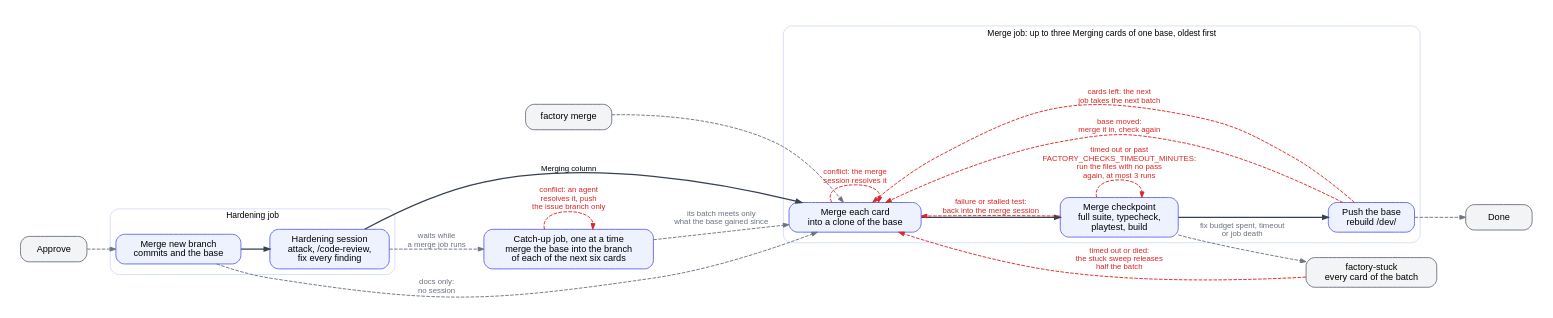
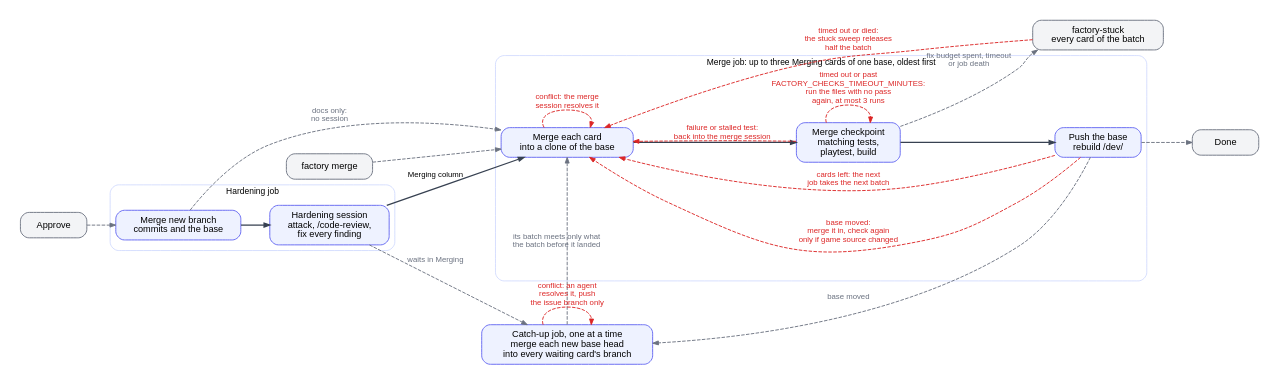
Before and after one commit to ROAM-game-org/road-machiners: the diagram in factory/docs/diagrams/hardening.dot, drawn with Graphviz. The commit also changed 11 other files, not shown here.

Commit message:
Show the tests activity while the suite waits, install git in the suite workflow, and document the lighter checks

```diff
--- a/factory/docs/diagrams/hardening.dot
+++ b/factory/docs/diagrams/hardening.dot
@@ -1,39 +1,40 @@
-// Hardening and Merging columns. One hardening session reviews and fixes an approved card. The merge queue checks up to three waiting cards of a base merged together before the base takes them, and the next job takes the rest. While a merge job runs, a catch-up job merges the base into the branches of the next waiting cards.
+// Hardening and Merging columns. One hardening session reviews and fixes an approved card. The merge queue checks up to three waiting cards of a base merged together before the base takes them, and the next job takes the rest. Each time a base moves, a catch-up job merges it into the branches of the waiting cards.
 // Red: loops back. Grey: leaves the column or enters from outside.
 digraph hardening {
   rankdir=LR; nodesep=0.35; ranksep=0.55; bgcolor=white; pad=0.3;
   node [shape=box, style="rounded,filled", fillcolor="#eef2ff", color="#6366f1", fontname="Helvetica", fontsize=13, margin="0.2,0.1", penwidth=1.3, width=1.3];
   edge [color="#374151", penwidth=1.8, arrowsize=0.8, fontname="Helvetica", fontsize=11];
   subgraph cluster_harden {
     label="Hardening job"; fontname="Helvetica"; fontsize=12; color="#c7d2fe"; style=rounded;
     HM [label="Merge new branch\ncommits and the base"]; HH [label="Hardening session\nattack, /code-review,\nfix every finding"];
     HM -> HH [weight=100];
   }
   subgraph cluster_merge {
     label="Merge job: up to three Merging cards of one base, oldest first"; fontname="Helvetica"; fontsize=12; color="#c7d2fe"; style=rounded;
-    MM [label="Merge each card\ninto a clone of the base"]; MC [label="Merge checkpoint\nfull suite, typecheck,\nplaytest, build"]; MP [label="Push the base\nrebuild /dev/"];
+    MM [label="Merge each card\ninto a clone of the base"]; MC [label="Merge checkpoint\nmatching tests,\nplaytest, build"]; MP [label="Push the base\nrebuild /dev/"];
     MM -> MC -> MP [weight=100];
   }
   HH -> MM [label="Merging column"];
-  CU [label="Catch-up job, one at a time\nmerge the base into the branch\nof each of the next six cards"];
+  CU [label="Catch-up job, one at a time\nmerge each new base head\ninto every waiting card's branch"];
   XA [label="Approve", fillcolor="#f3f4f6", color="#6b7280"];
   XO [label="factory merge", fillcolor="#f3f4f6", color="#6b7280"];
   XS [label="factory-stuck\nevery card of the batch", fillcolor="#f3f4f6", color="#6b7280"];
   XN [label="Done", fillcolor="#f3f4f6", color="#6b7280"];
   edge [color="#dc2626", fontcolor="#dc2626", style=dashed, penwidth=1.3];
   MM -> MM [label="conflict: the merge\nsession resolves it"];
   MC -> MM [label="failure or stalled test:\nback into the merge session"];
   MC -> MC [label="timed out or past\nFACTORY_CHECKS_TIMEOUT_MINUTES:\nrun the files with no pass\nagain, at most 3 runs"];
-  MP -> MM [label="base moved:\nmerge it in, check again"];
+  MP -> MM [label="base moved:\nmerge it in, check again\nonly if game source changed"];
   XS -> MM [label="timed out or died:\nthe stuck sweep releases\nhalf the batch"];
   MP -> MM [label="cards left: the next\njob takes the next batch"];
   CU -> CU [label="conflict: an agent\nresolves it, push\nthe issue branch only"];
   edge [color="#6b7280", fontcolor="#6b7280"];
   XA -> HM;
   HM -> MM [label="docs only:\nno session"];
   XO -> MM;
   MC -> XS [label="fix budget spent, timeout\nor job death"];
   MP -> XN;
-  HH -> CU [label="waits while\na merge job runs"];
-  CU -> MM [label="its batch meets only\nwhat the base gained since"];
+  HH -> CU [label="waits in Merging"];
+  MP -> CU [label="base moved"];
+  CU -> MM [label="its batch meets only what\nthe batch before it landed"];
 }
```
